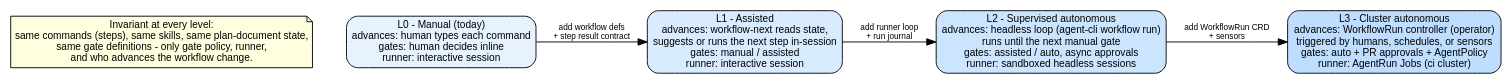
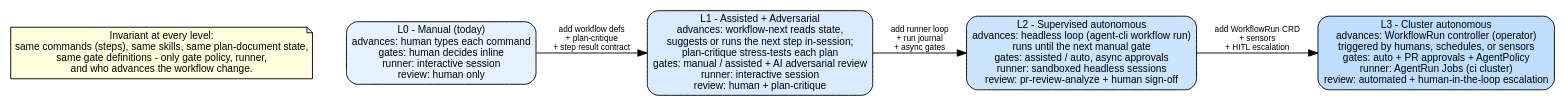
One commit to xonovex/platform changed the diagram in packages/diagram/diagram-agent-workflow/maturity-ladder.dot. Above: the diagram before and after it, drawn with Graphviz. The commit also changed 3 other files, not shown here.

First line of the commit message:
docs(diagram): add BDD discovery/formulation + QA acceptance to the workflow; enrich maturity ladder

```diff
--- a/packages/diagram/diagram-agent-workflow/maturity-ladder.dot
+++ b/packages/diagram/diagram-agent-workflow/maturity-ladder.dot
@@ -1,19 +1,19 @@
 digraph AgenticMaturityLadder {
   // Progressive automation: what changes per level, and what never does.
   rankdir=LR;
   splines=polyline;
   node [shape=box, style="rounded,filled", fillcolor=white, fontname="Arial", fontsize=11];
   edge [fontname="Arial", fontsize=9];
 
-  l0 [label="L0 - Manual (today)\nadvances: human types each command\ngates: human decides inline\nrunner: interactive session", fillcolor="#e6f3ff"];
-  l1 [label="L1 - Assisted\nadvances: workflow-next reads state,\nsuggests or runs the next step in-session\ngates: manual / assisted\nrunner: interactive session", fillcolor="#d9ecff"];
-  l2 [label="L2 - Supervised autonomous\nadvances: headless loop (agent-cli workflow run)\nruns until the next manual gate\ngates: assisted / auto, async approvals\nrunner: sandboxed headless sessions", fillcolor="#cce5ff"];
-  l3 [label="L3 - Cluster autonomous\nadvances: WorkflowRun controller (operator)\ntriggered by humans, schedules, or sensors\ngates: auto + PR approvals + AgentPolicy\nrunner: AgentRun Jobs (ci cluster)", fillcolor="#bfdeff"];
+  l0 [label="L0 - Manual (today)\nadvances: human types each command\ngates: human decides inline\nrunner: interactive session\nreview: human only", fillcolor="#e6f3ff"];
+  l1 [label="L1 - Assisted + Adversarial\nadvances: workflow-next reads state,\nsuggests or runs the next step in-session;\nplan-critique stress-tests each plan\ngates: manual / assisted + AI adversarial review\nrunner: interactive session\nreview: human + plan-critique", fillcolor="#d9ecff"];
+  l2 [label="L2 - Supervised autonomous\nadvances: headless loop (agent-cli workflow run)\nruns until the next manual gate\ngates: assisted / auto, async approvals\nrunner: sandboxed headless sessions\nreview: pr-review-analyze + human sign-off", fillcolor="#cce5ff"];
+  l3 [label="L3 - Cluster autonomous\nadvances: WorkflowRun controller (operator)\ntriggered by humans, schedules, or sensors\ngates: auto + PR approvals + AgentPolicy\nrunner: AgentRun Jobs (ci cluster)\nreview: automated + human-in-the-loop escalation", fillcolor="#bfdeff"];
 
-  l0 -> l1 [label="add workflow defs\n+ step result contract"];
-  l1 -> l2 [label="add runner loop\n+ run journal"];
-  l2 -> l3 [label="add WorkflowRun CRD\n+ sensors"];
+  l0 -> l1 [label="add workflow defs\n+ plan-critique\n+ step result contract"];
+  l1 -> l2 [label="add runner loop\n+ run journal\n+ async gates"];
+  l2 -> l3 [label="add WorkflowRun CRD\n+ sensors\n+ HITL escalation"];
 
   invariant [label="Invariant at every level:\nsame commands (steps), same skills, same plan-document state,\nsame gate definitions - only gate policy, runner,\nand who advances the workflow change.", shape=note, fillcolor=lightyellow];
   invariant -> l0 [style=invis];
 }
```
